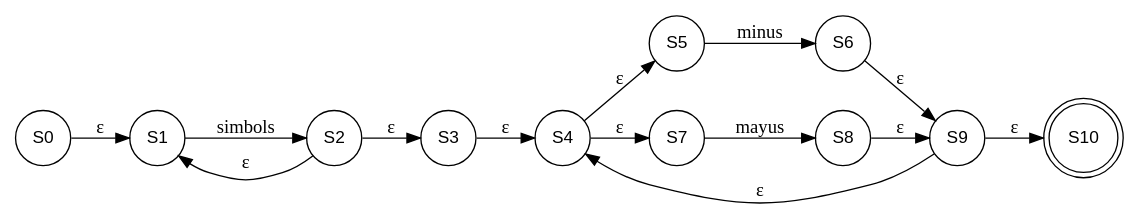
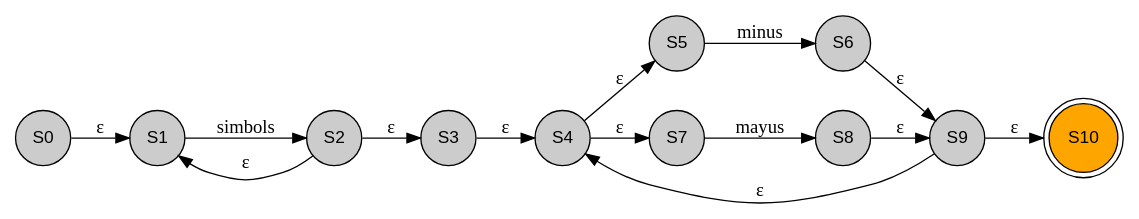
Before and after one commit to Desconocido502/OLC1-proyecto1-201902502: the diagram in src/AFND_201902502/erAzar.dot, drawn with Graphviz. The commit also changed 48 other files, not shown here.

```diff
--- a/src/AFND_201902502/erAzar.dot
+++ b/src/AFND_201902502/erAzar.dot
@@ -1,21 +1,21 @@
  digraph G {
-    node [shape=circle fontsize=13 fontname = "helvetica"];
+    node [shape=circle fontsize=13 fontname = "helvetica" style=filled fillcolor="#CCCCCC"];
     nodesep=0.4;
     ranksep=0.5;
     rankdir=LR;
 
 S0 -> S1 [label="ε"];
 S2 -> S3 [label="ε"];
 S2 -> S1 [label="ε"];
 S1 -> S2 [label="simbols"];
 S3 -> S4 [label="ε"];
 S9 -> S10 [label="ε"];
 S9 -> S4 [label="ε"];
 S4 -> S5 [label="ε"];
 S4 -> S7 [label="ε"];
 S6 -> S9 [label="ε"];
 S8 -> S9 [label="ε"];
 S5 -> S6 [label="minus"];
 S7 -> S8 [label="mayus"];
-S10 [shape=doublecircle];
+S10[shape = doublecircle, style = filled, fillcolor = "#FFA500"];
 }
```
